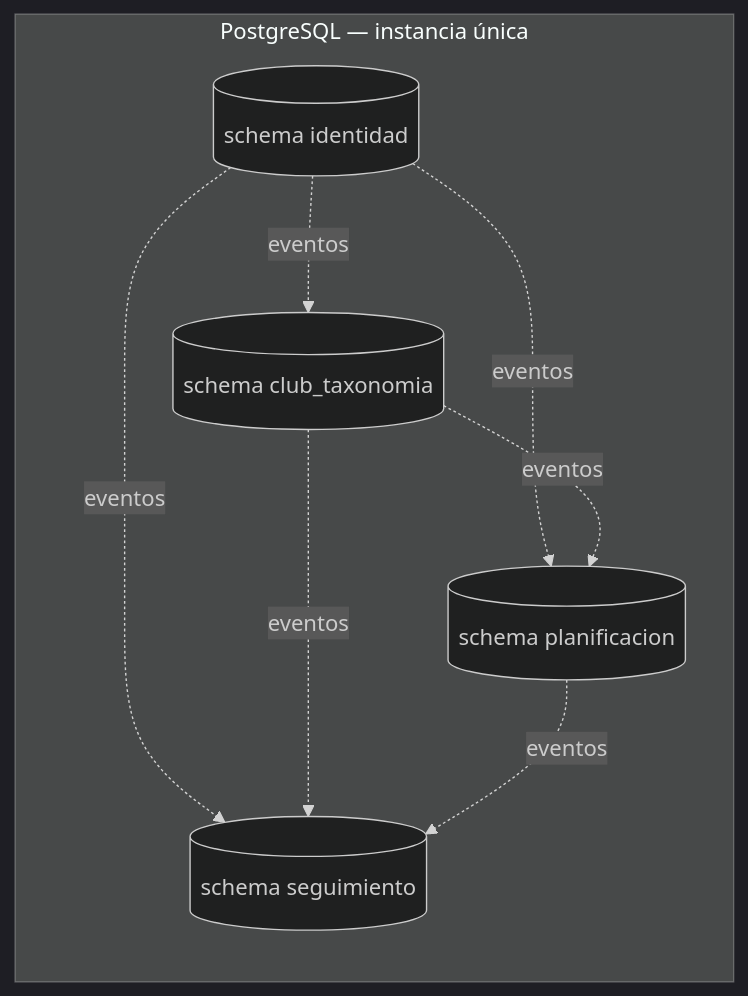
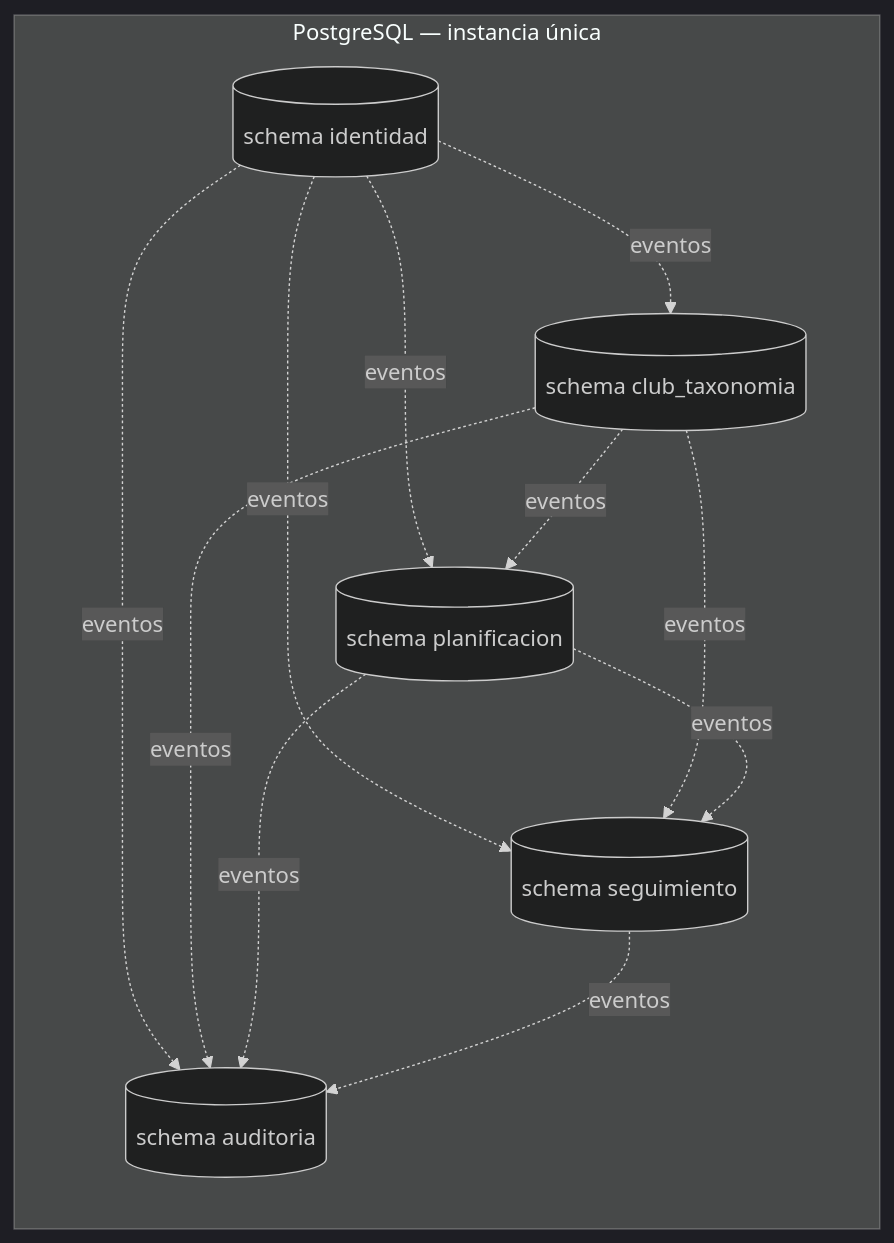
One commit to avgarcia/runcriticon changed the diagram in docs/adr/0004-base-de-datos-postgresql.md. Above: the diagram before and after it, drawn with Mermaid (dark theme). The commit also changed other lines of this file, not shown here.

First line of the commit message:
docs(adr-0004): anade el modulo auditoria (premisas, D4, D11, diagrama)

````diff
--- a/docs/adr/0004-base-de-datos-postgresql.md
+++ b/docs/adr/0004-base-de-datos-postgresql.md
@@ -476,15 +476,20 @@
 ```mermaid
 flowchart LR
     subgraph PG["PostgreSQL — instancia única"]
         I[(schema identidad)]
         C[(schema club_taxonomia)]
         P[(schema planificacion)]
         S[(schema seguimiento)]
+        A[(schema auditoria)]
     end
     I -.eventos.-> C
     I -.eventos.-> P
     I -.eventos.-> S
     C -.eventos.-> P
     C -.eventos.-> S
     P -.eventos.-> S
+    I -.eventos.-> A
+    C -.eventos.-> A
+    P -.eventos.-> A
+    S -.eventos.-> A
 ```
````
